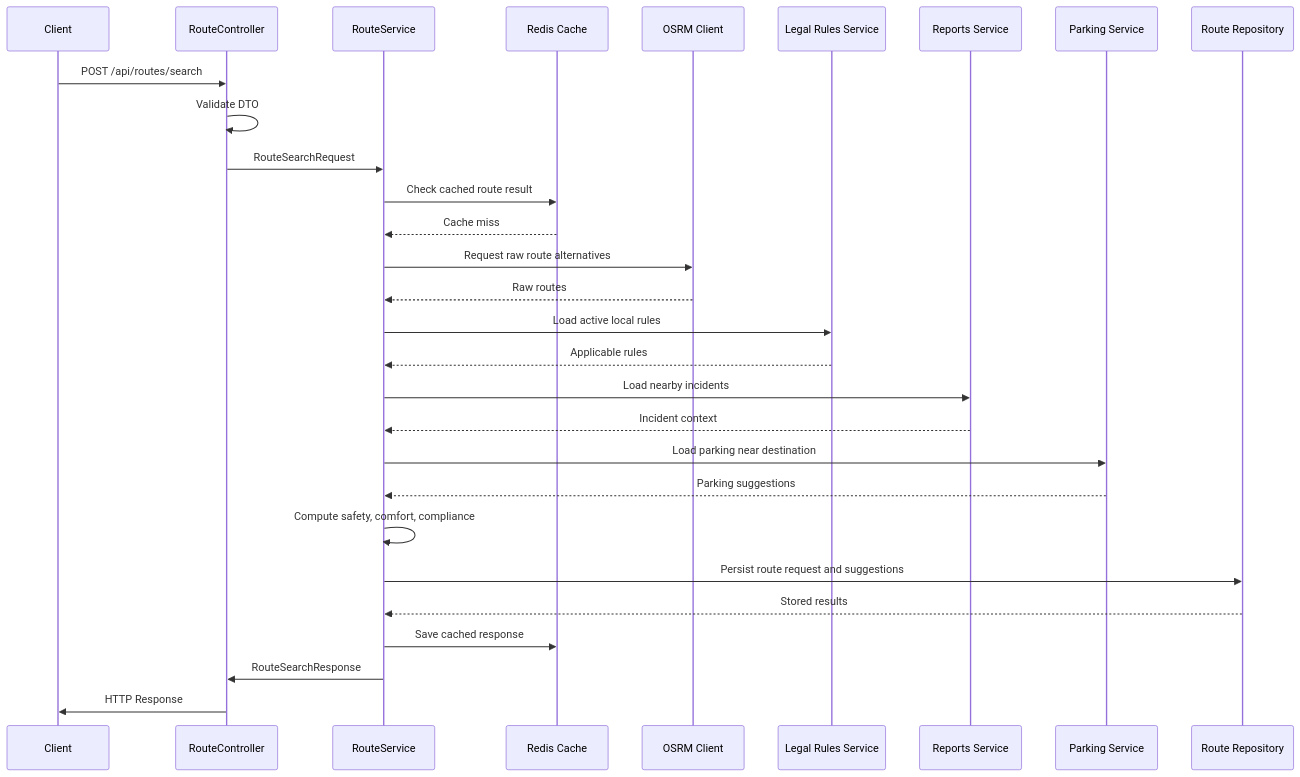
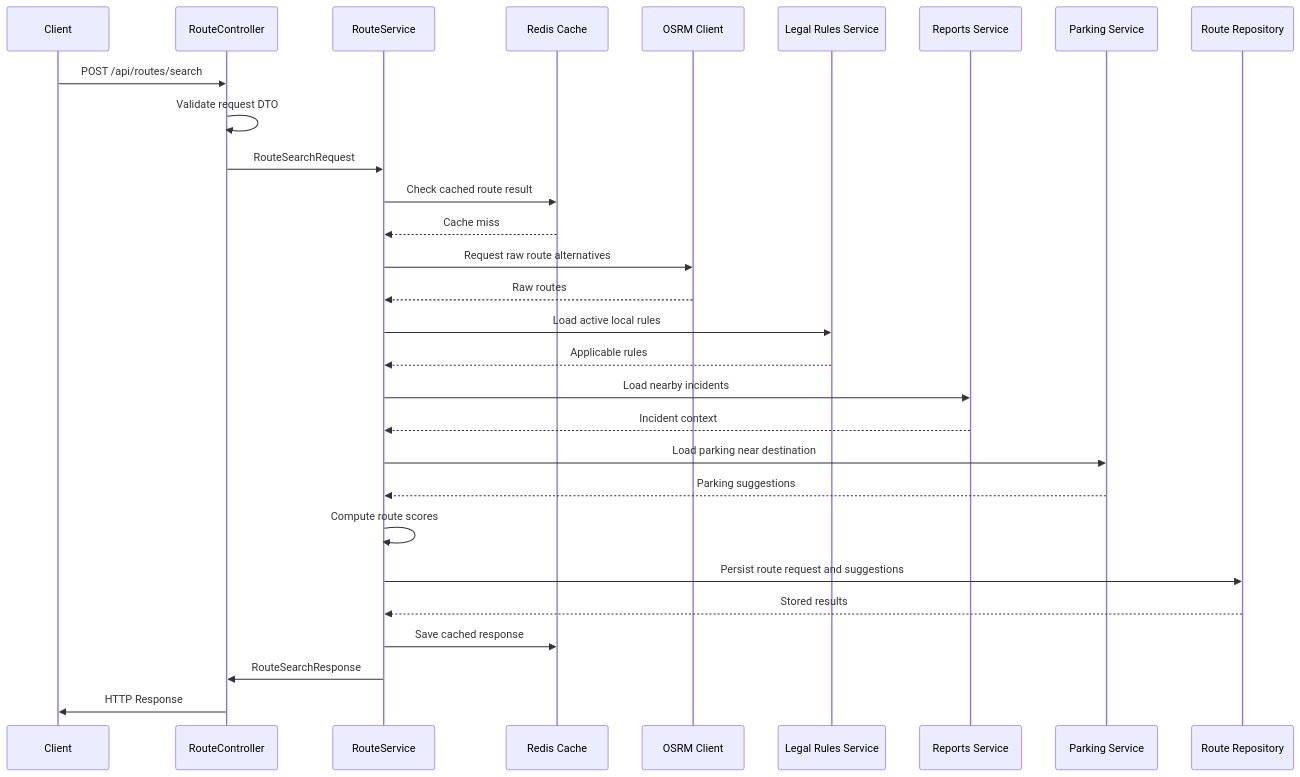
Before and after one commit to burlica1234/ridr: the seventh of 7 diagrams in docs/architecture/architecture.md, drawn with Mermaid. The commit also changed other lines of this file and 1 other file, not shown here.

````diff
--- a/docs/architecture/architecture.md
+++ b/docs/architecture/architecture.md
@@ -326,32 +309,32 @@
 ```mermaid
 sequenceDiagram
     participant CLIENT as Client
     participant CONTROLLER as RouteController
     participant SERVICE as RouteService
     participant CACHE as Redis Cache
     participant OSRM as OSRM Client
     participant RULES as Legal Rules Service
     participant REPORTS as Reports Service
     participant PARKING as Parking Service
     participant REPOSITORY as Route Repository
 
     CLIENT ->> CONTROLLER: POST /api/routes/search
-    CONTROLLER ->> CONTROLLER: Validate DTO
+    CONTROLLER ->> CONTROLLER: Validate request DTO
     CONTROLLER ->> SERVICE: RouteSearchRequest
     SERVICE ->> CACHE: Check cached route result
     CACHE -->> SERVICE: Cache miss
     SERVICE ->> OSRM: Request raw route alternatives
     OSRM -->> SERVICE: Raw routes
     SERVICE ->> RULES: Load active local rules
     RULES -->> SERVICE: Applicable rules
     SERVICE ->> REPORTS: Load nearby incidents
     REPORTS -->> SERVICE: Incident context
     SERVICE ->> PARKING: Load parking near destination
     PARKING -->> SERVICE: Parking suggestions
-    SERVICE ->> SERVICE: Compute safety, comfort, compliance
+    SERVICE ->> SERVICE: Compute route scores
     SERVICE ->> REPOSITORY: Persist route request and suggestions
     REPOSITORY -->> SERVICE: Stored results
     SERVICE ->> CACHE: Save cached response
     SERVICE ->> CONTROLLER: RouteSearchResponse
     CONTROLLER ->> CLIENT: HTTP Response
 ```
````
